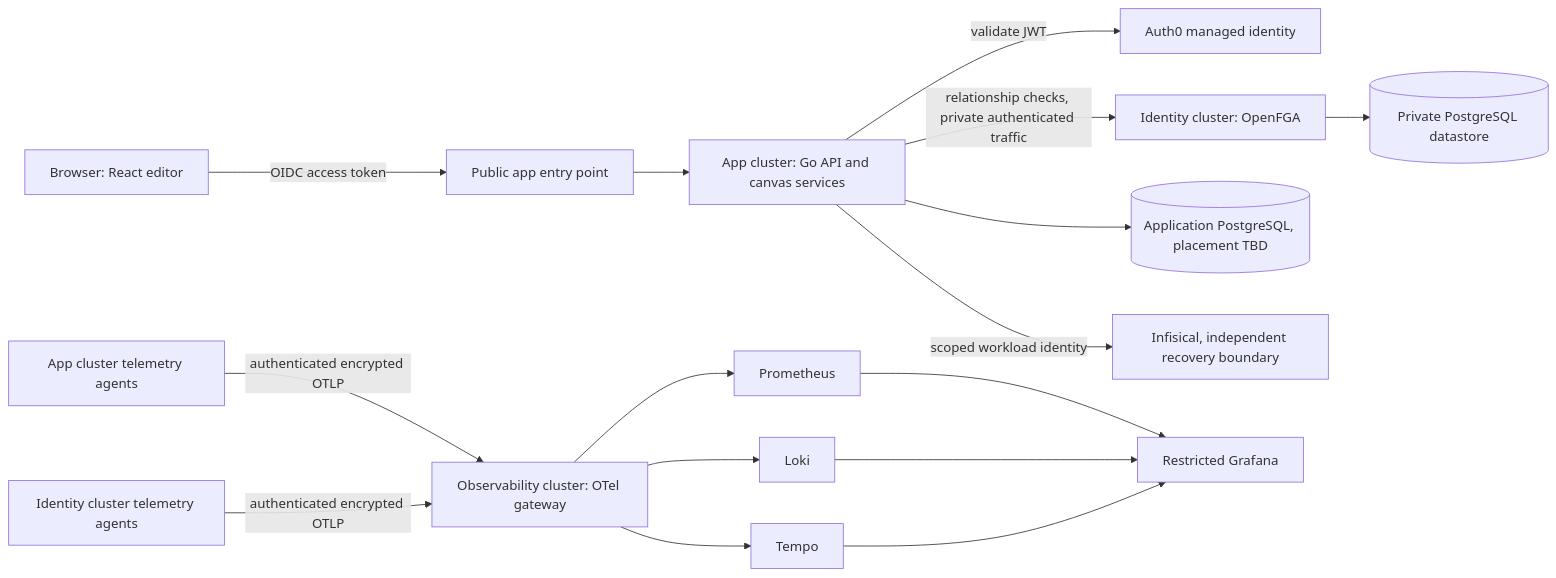
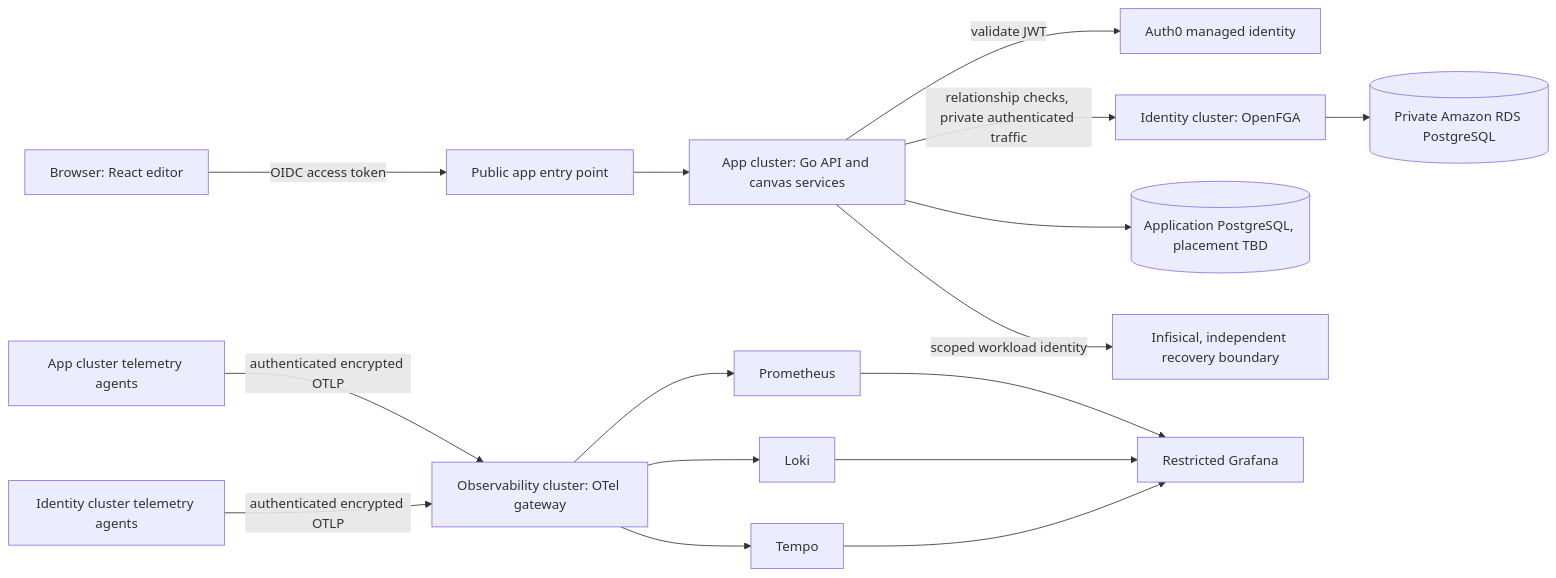
Before and after one commit to harishSudalaimani/kloudlab: the diagram in docs/architecture/system-boundaries.md, drawn with Mermaid. The commit also changed other lines of this file and 26 other files, not shown here.

````diff
--- a/docs/architecture/system-boundaries.md
+++ b/docs/architecture/system-boundaries.md
@@ -9,18 +9,18 @@
 ```mermaid
 flowchart LR
     Browser[Browser: React editor] -->|OIDC access token| Edge[Public app entry point]
     Edge --> API[App cluster: Go API and canvas services]
     API -->|validate JWT| Auth0[Auth0 managed identity]
     API -->|relationship checks, private authenticated traffic| FGA[Identity cluster: OpenFGA]
-    FGA --> FGA_DB[(Private PostgreSQL datastore)]
+    FGA --> FGA_DB[(Private Amazon RDS PostgreSQL)]
     API --> AppDB[(Application PostgreSQL, placement TBD)]
     API -->|scoped workload identity| Secrets[Infisical, independent recovery boundary]
     AppCluster[App cluster telemetry agents] -->|authenticated encrypted OTLP| OTel[Observability cluster: OTel gateway]
     FGACluster[Identity cluster telemetry agents] -->|authenticated encrypted OTLP| OTel
     OTel --> Metrics[Prometheus]
     OTel --> Logs[Loki]
     OTel --> Traces[Tempo]
     Metrics --> Grafana[Restricted Grafana]
     Logs --> Grafana
     Traces --> Grafana
 ```
````
